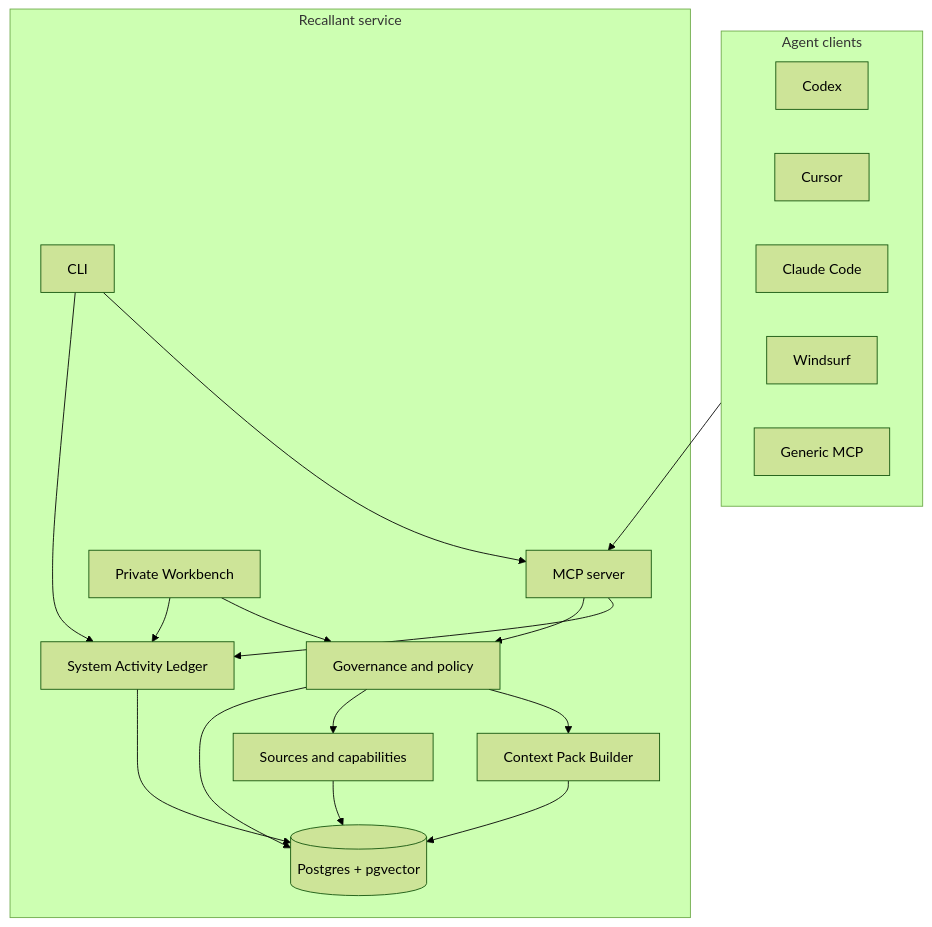
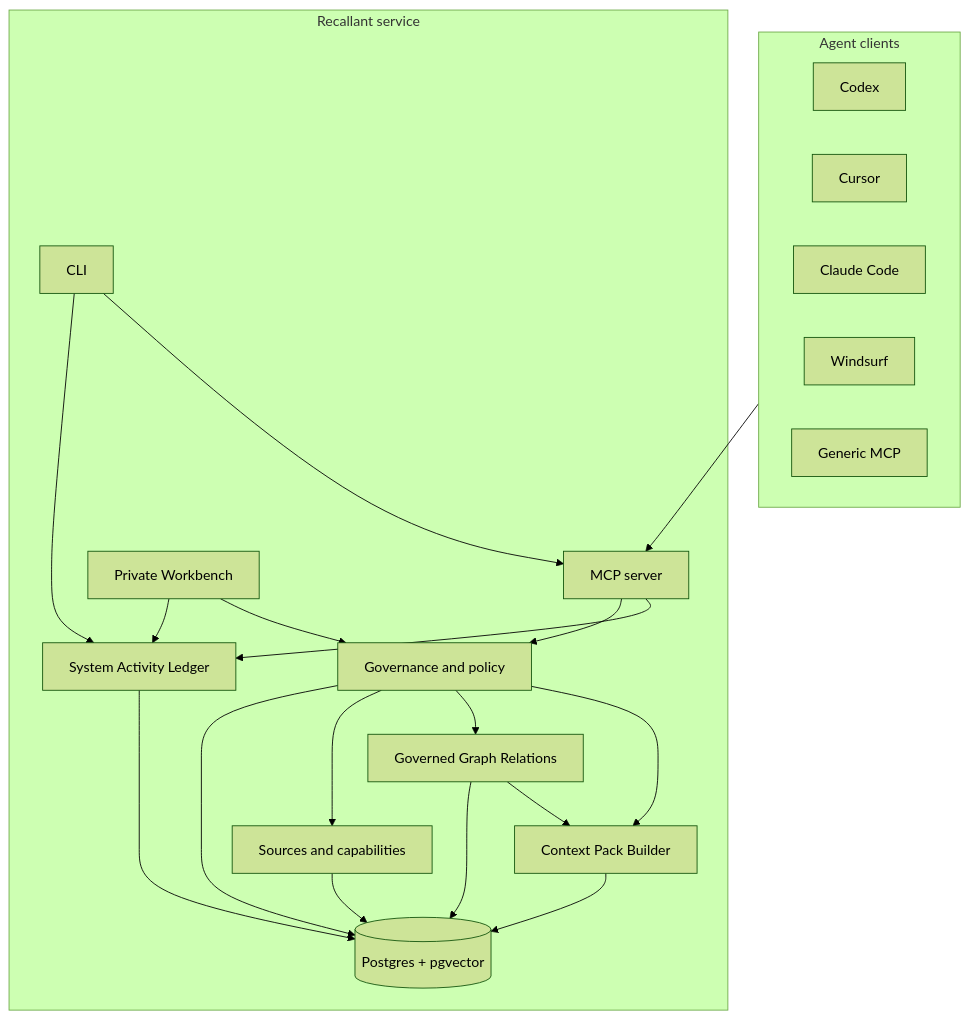
One commit to Mushkrot/Recallant changed the diagram in docs/ARCHITECTURE.md. Above: the diagram before and after it, drawn with Mermaid (forest theme). The commit also changed other lines of this file and 6 other files, not shown here.

Commit message:
Define governed graph tree contract

````diff
--- a/docs/ARCHITECTURE.md
+++ b/docs/ARCHITECTURE.md
@@ -9,35 +9,39 @@
 ```mermaid
 flowchart TB
   subgraph Clients["Agent clients"]
     Codex
     Cursor
     Claude["Claude Code"]
     Windsurf
     Generic["Generic MCP"]
   end
 
   subgraph Recallant["Recallant service"]
     CLI["CLI"]
     MCP["MCP server"]
     Workbench["Private Workbench"]
     Policy["Governance and policy"]
     Context["Context Pack Builder"]
+    Graph["Governed Graph Relations"]
     Sources["Sources and capabilities"]
     Audit["System Activity Ledger"]
     Store[(Postgres + pgvector)]
   end
 
   Clients --> MCP
   CLI --> MCP
   Workbench --> Policy
   CLI --> Audit
   MCP --> Audit
   Workbench --> Audit
   MCP --> Policy
   Policy --> Context
+  Policy --> Graph
   Policy --> Sources
+  Graph --> Context
+  Graph --> Store
   Sources --> Store
   Policy --> Store
   Audit --> Store
   Context --> Store
 ```
````
